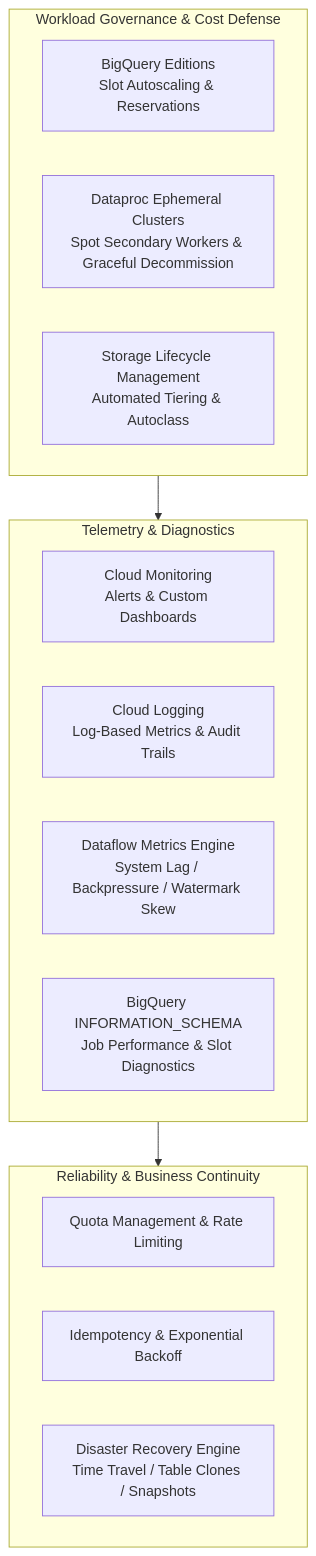
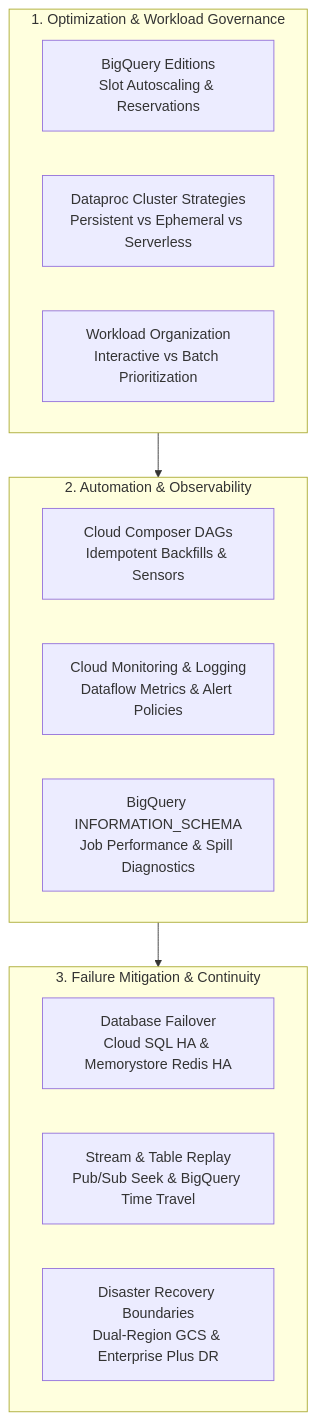
One commit to rohithvishaal/GCP_PDE_Notes changed the first of 4 diagrams in 04_phase3_exam_domains/domain_5_maintaining_and_automating_data_workloads.md. Above: the diagram before and after it, drawn with Mermaid. The commit also changed other lines of this file and 8 other files, not shown here.

````diff
--- a/04_phase3_exam_domains/domain_5_maintaining_and_automating_data_workloads.md
+++ b/04_phase3_exam_domains/domain_5_maintaining_and_automating_data_workloads.md
@@ -11,24 +11,23 @@
 ```mermaid
 flowchart TD
-    subgraph Workload_Governance_and_Optimization["Workload Governance & Cost Defense"]
+    subgraph Resource_and_Workload["1. Optimization & Workload Governance"]
         BQ_Editions["BigQuery Editions<br/>Slot Autoscaling & Reservations"]
-        DP_Opt["Dataproc Ephemeral Clusters<br/>Spot Secondary Workers & Graceful Decommission"]
-        GCS_Life["Storage Lifecycle Management<br/>Automated Tiering & Autoclass"]
+        DP_Opt["Dataproc Cluster Strategies<br/>Persistent vs Ephemeral vs Serverless"]
+        Reservations["Workload Organization<br/>Interactive vs Batch Prioritization"]
     end
 
-    subgraph Monitoring_and_Observability["Telemetry & Diagnostics"]
-        CM["Cloud Monitoring<br/>Alerts & Custom Dashboards"]
-        CL["Cloud Logging<br/>Log-Based Metrics & Audit Trails"]
-        DF_Metrics["Dataflow Metrics Engine<br/>System Lag / Backpressure / Watermark Skew"]
-        InfoSchema["BigQuery INFORMATION_SCHEMA<br/>Job Performance & Slot Diagnostics"]
+    subgraph Automation_and_Observability["2. Automation & Observability"]
+        Composer["Cloud Composer DAGs<br/>Idempotent Backfills & Sensors"]
+        Monitoring["Cloud Monitoring & Logging<br/>Dataflow Metrics & Alert Policies"]
+        Diagnostics["BigQuery INFORMATION_SCHEMA<br/>Job Performance & Spill Diagnostics"]
     end
 
-    subgraph Reliability_and_Resilience["Reliability & Business Continuity"]
-        Quotas["Quota Management & Rate Limiting"]
-        Idempotency["Idempotency & Exponential Backoff"]
-        DR["Disaster Recovery Engine<br/>Time Travel / Table Clones / Snapshots"]
+    subgraph Failure_Mitigation["3. Failure Mitigation & Continuity"]
+        Failover["Database Failover<br/>Cloud SQL HA & Memorystore Redis HA"]
+        Replay["Stream & Table Replay<br/>Pub/Sub Seek & BigQuery Time Travel"]
+        DR["Disaster Recovery Boundaries<br/>Dual-Region GCS & Enterprise Plus DR"]
     end
 
-    Workload_Governance_and_Optimization --> Monitoring_and_Observability
-    Monitoring_and_Observability --> Reliability_and_Resilience
+    Resource_and_Workload --> Automation_and_Observability
+    Automation_and_Observability --> Failure_Mitigation
 ```
````
